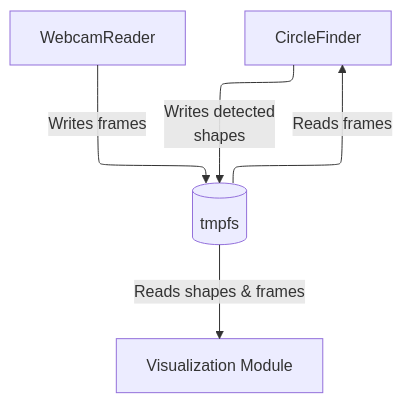
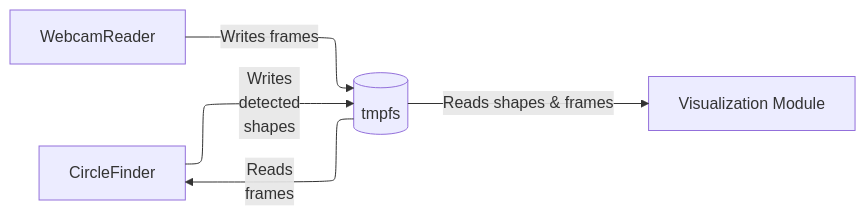
The diagram in examples/webcam_example/README.md (Aspor/tmpfs-framework), drawn with Mermaid before and after one commit.

Commit message:
Webcam example:  Switch diagram layout to left-to-right. Move additional requirements higer in readme

````diff
--- a/examples/webcam_example/README.md
+++ b/examples/webcam_example/README.md
@@ -6,12 +6,14 @@
 ```mermaid
 ---
 config:
   layout: elk
 ---
-flowchart TD
+flowchart LR
     A[WebcamReader] -->|Writes frames| B[("tmpfs")]
-    B -->|Reads frames| C[CircleFinder]
-    C -->|Writes detected
+    B -->|Reads
+    frames| C[CircleFinder]
+    C -->|Writes
+    detected
     shapes | B
     B -->|Reads shapes & frames| D[Visualization Module]
 ```
````
